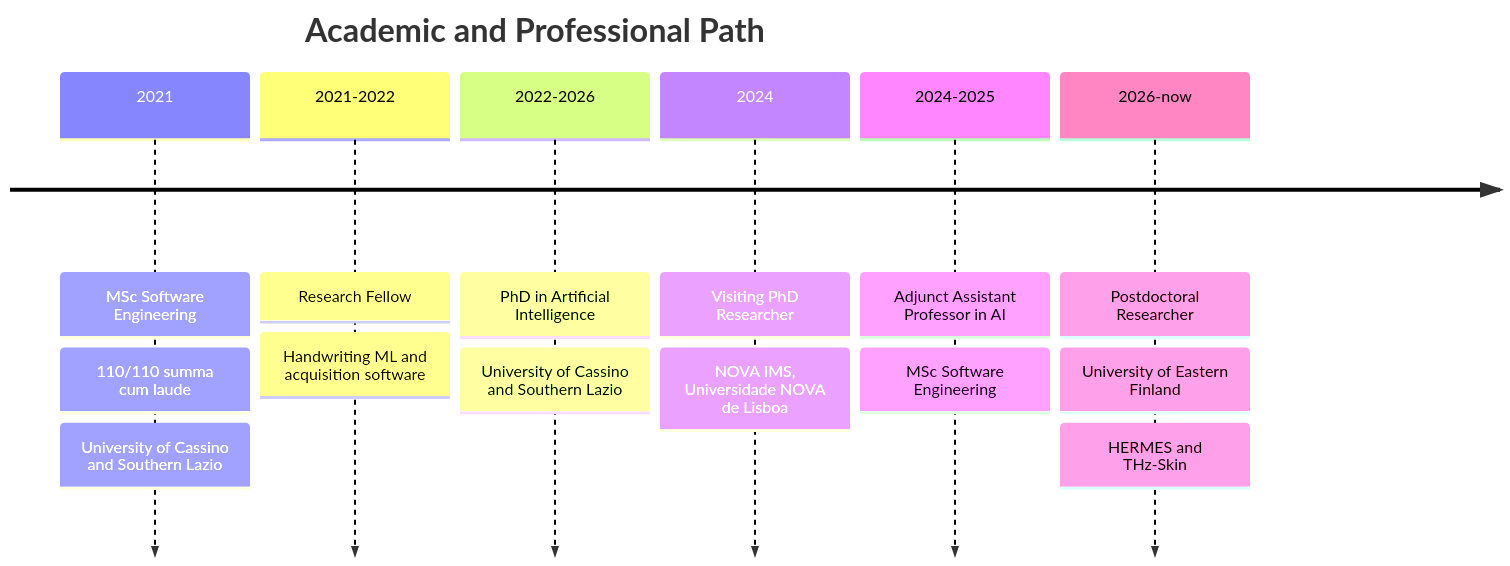
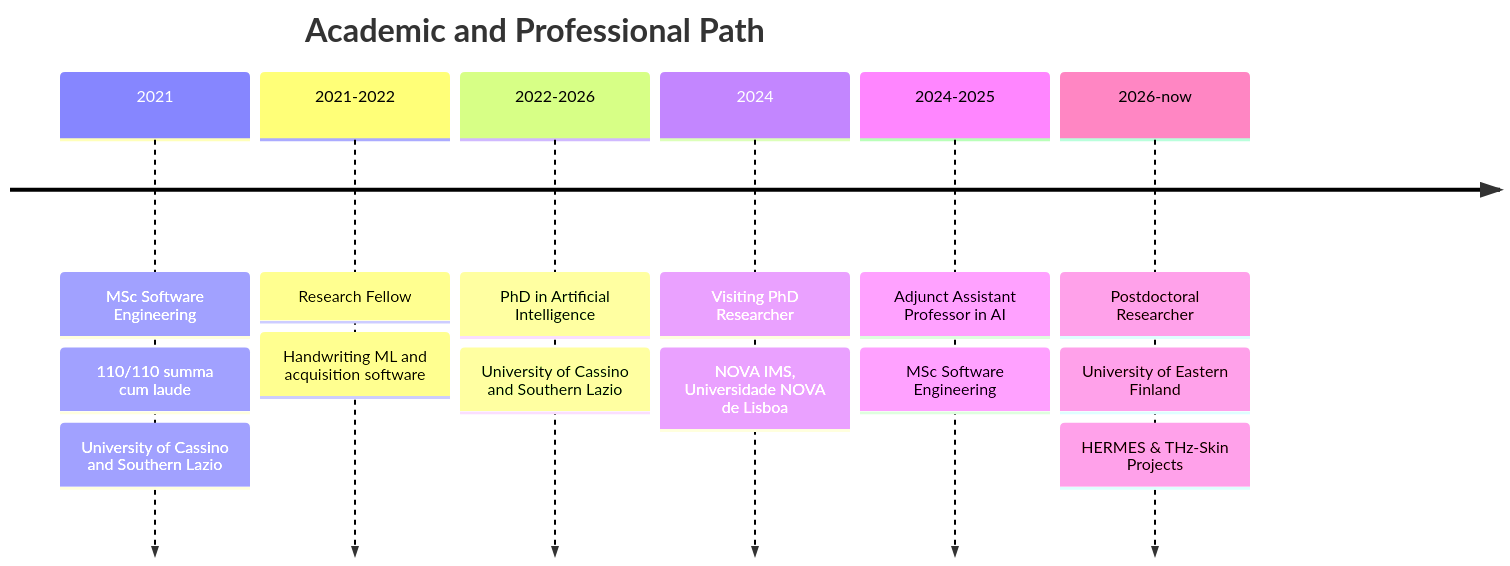
The diagram in README.md (Narden91/Narden91), drawn with Mermaid before and after one commit. The commit also changed other lines of this file and 2 other files, not shown here.

````diff
--- a/README.md
+++ b/README.md
@@ -268,18 +295,18 @@
 ```mermaid
 timeline
     title Academic and Professional Path
     2021 : MSc Software Engineering
          : 110/110 summa cum laude
          : University of Cassino and Southern Lazio
     2021-2022 : Research Fellow
               : Handwriting ML and acquisition software
     2022-2026 : PhD in Artificial Intelligence
               : University of Cassino and Southern Lazio
     2024 : Visiting PhD Researcher
          : NOVA IMS, Universidade NOVA de Lisboa
     2024-2025 : Adjunct Assistant Professor in AI
               : MSc Software Engineering
     2026-now : Postdoctoral Researcher
              : University of Eastern Finland
-             : HERMES and THz-Skin
+             : HERMES & THz-Skin Projects
 ```
````
